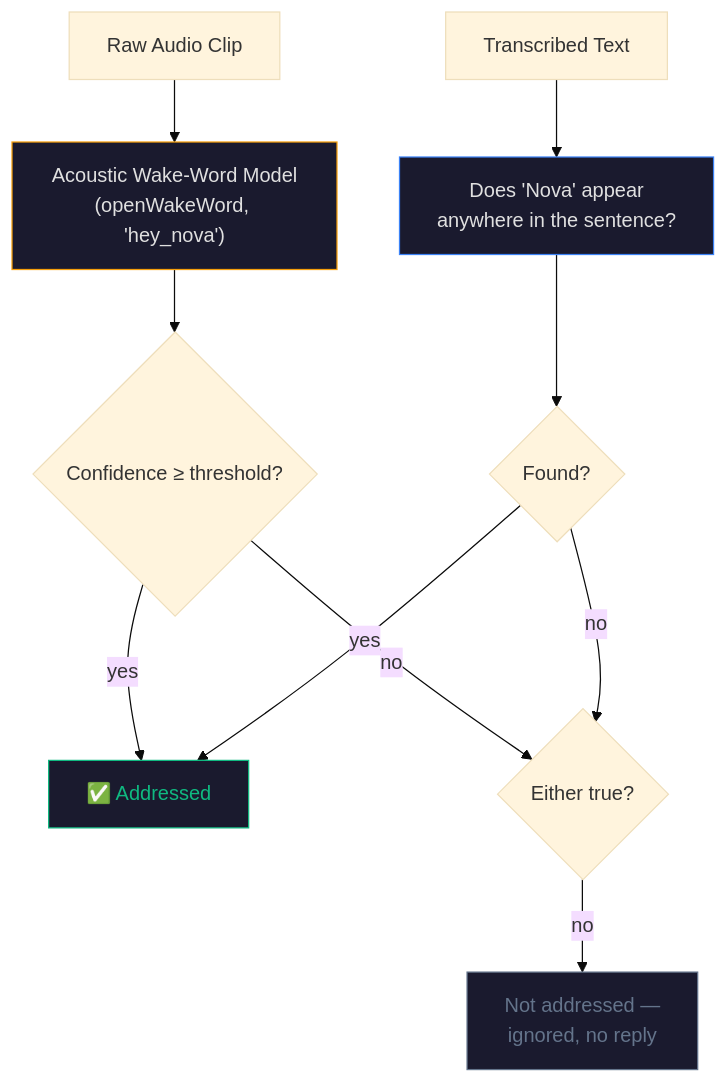
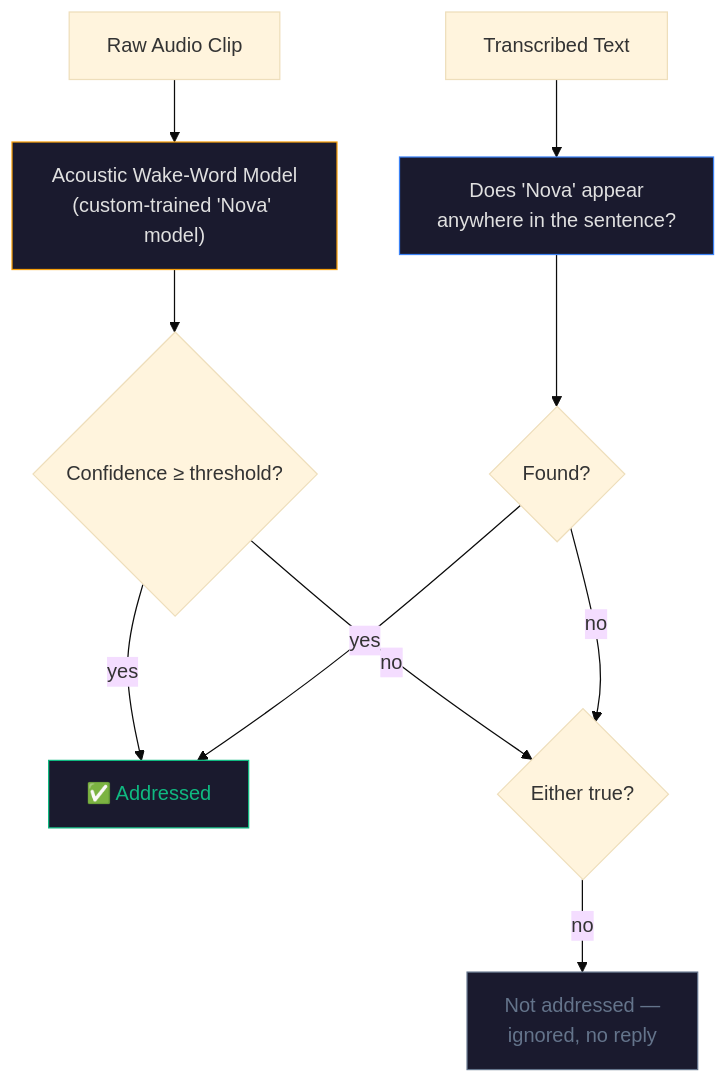
The third of 7 diagrams in ARCHITECTURE.md (Saishhhhhh/Nova---Browser-Assistant), drawn with Mermaid (base theme) before and after one commit. The commit also changed other lines of this file and 1 other file, not shown here.

First line of the commit message:
docs: fix stale "pretrained hey_nova" claim; explain the acoustic model's 3-stage pipeline

````diff
--- a/ARCHITECTURE.md
+++ b/ARCHITECTURE.md
@@ -142,19 +142,19 @@
 ```mermaid
 flowchart TD
-    AUDIO["Raw Audio Clip"] --> ACOUSTIC["Acoustic Wake-Word Model<br/>(openWakeWord, 'hey_nova')"]
+    AUDIO["Raw Audio Clip"] --> ACOUSTIC["Acoustic Wake-Word Model<br/>(custom-trained 'Nova' model)"]
     TEXT["Transcribed Text"] --> SEARCH["Does 'Nova' appear<br/>anywhere in the sentence?"]
 
     ACOUSTIC --> C1{"Confidence ≥ threshold?"}
     SEARCH --> C2{"Found?"}
 
     C1 -->|yes| YES["✅ Addressed"]
     C2 -->|yes| YES
     C1 -->|no| C2B{"Either true?"}
     C2 -->|no| C2B
     C2B -->|no| NO["Not addressed —\nignored, no reply"]
 
     style ACOUSTIC fill:#1a1a2e,color:#e0e0e0,stroke:#f59e0b
     style SEARCH fill:#1a1a2e,color:#e0e0e0,stroke:#3b82f6
     style YES fill:#1a1a2e,color:#10b981,stroke:#10b981
     style NO fill:#1a1a2e,color:#64748b,stroke:#64748b
 ```
````
